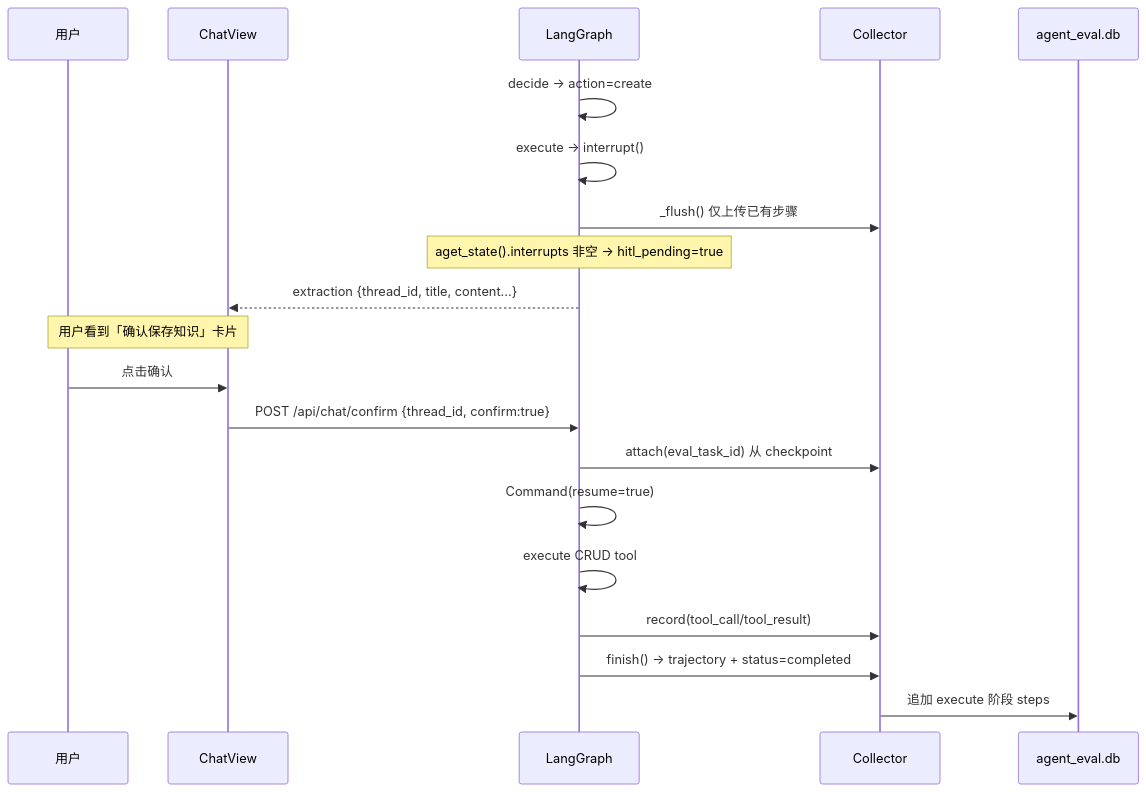
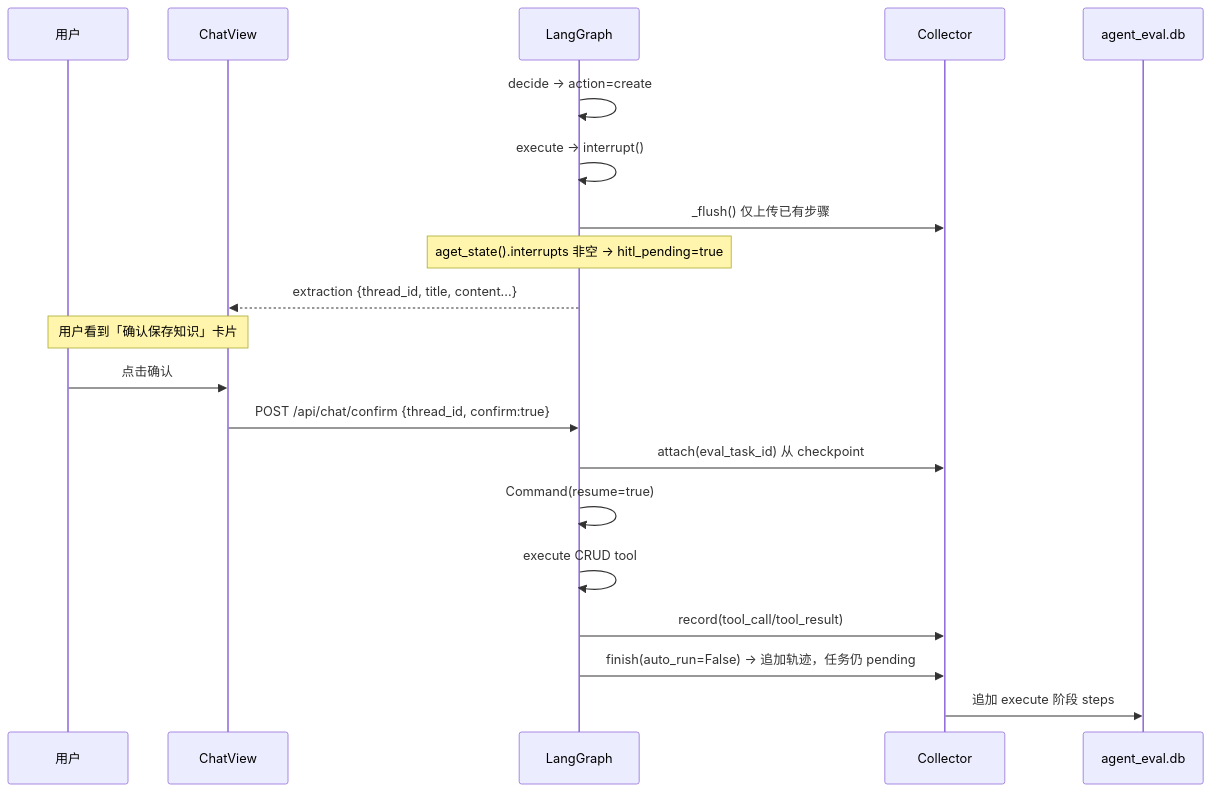
Before and after one commit to daetz-coder/Agent-Runtime-Evaluation-Platform: the eighth of 9 diagrams in docs/wiki-to-evaluation-flow.md, drawn with Mermaid. The commit also changed other lines of this file and 3 other files, not shown here.

First line of the commit message:
docs: align Wiki collector finish semantics with pending tasks

````diff
--- a/docs/wiki-to-evaluation-flow.md
+++ b/docs/wiki-to-evaluation-flow.md
@@ -478,24 +477,24 @@
 ```mermaid
 sequenceDiagram
     participant U as 用户
     participant CV as ChatView
     participant G as LangGraph
     participant C as Collector
     participant DB as agent_eval.db
 
     G->>G: decide → action=create
     G->>G: execute → interrupt()
     G->>C: _flush() 仅上传已有步骤
     Note over G: aget_state().interrupts 非空 → hitl_pending=true
     G-->>CV: extraction {thread_id, title, content...}
     Note over U,CV: 用户看到「确认保存知识」卡片
 
     U->>CV: 点击确认
     CV->>G: POST /api/chat/confirm {thread_id, confirm:true}
     G->>C: attach(eval_task_id) 从 checkpoint
     G->>G: Command(resume=true)
     G->>G: execute CRUD tool
     G->>C: record(tool_call/tool_result)
-    G->>C: finish() → trajectory + status=completed
+    G->>C: finish(auto_run=False) → 追加轨迹，任务仍 pending
     C->>DB: 追加 execute 阶段 steps
 ```
````
